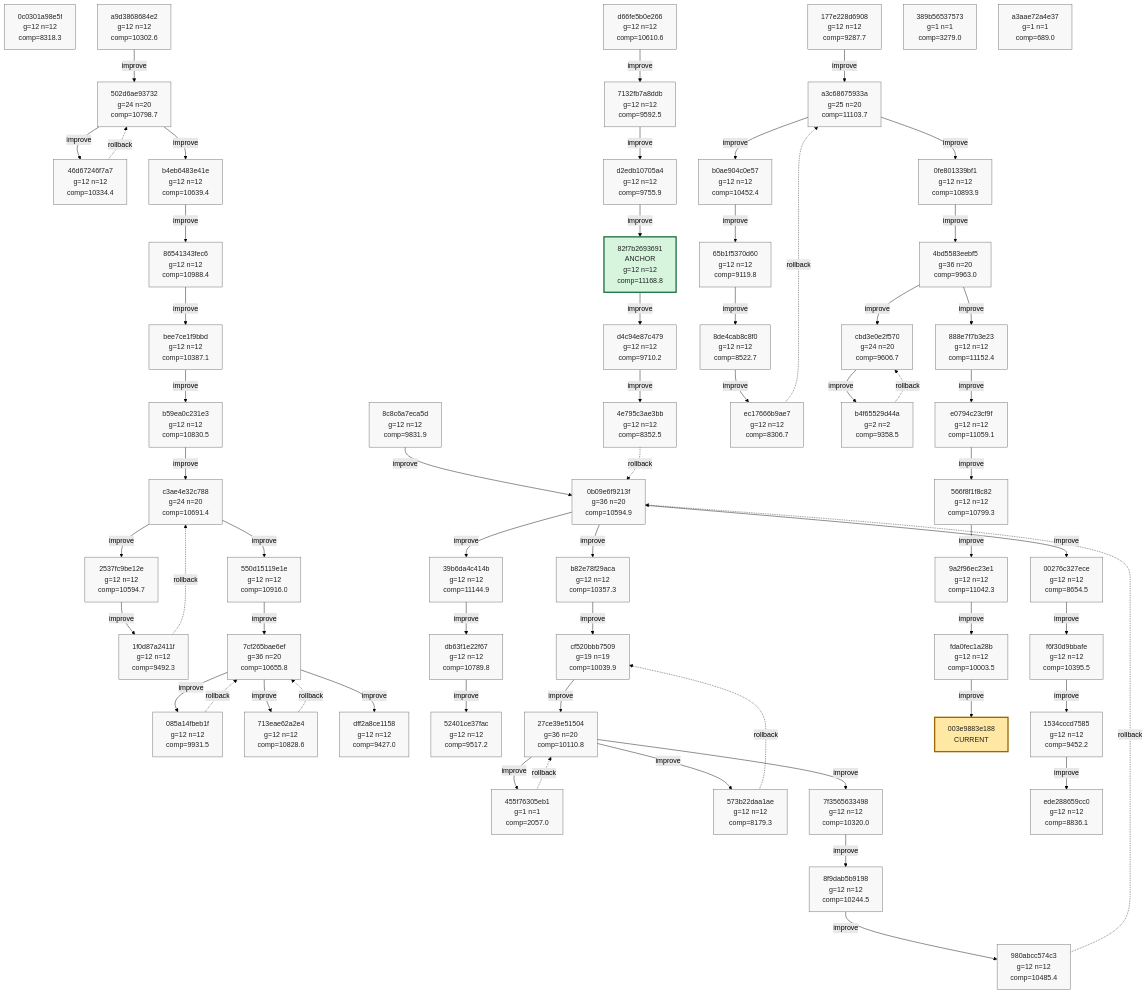
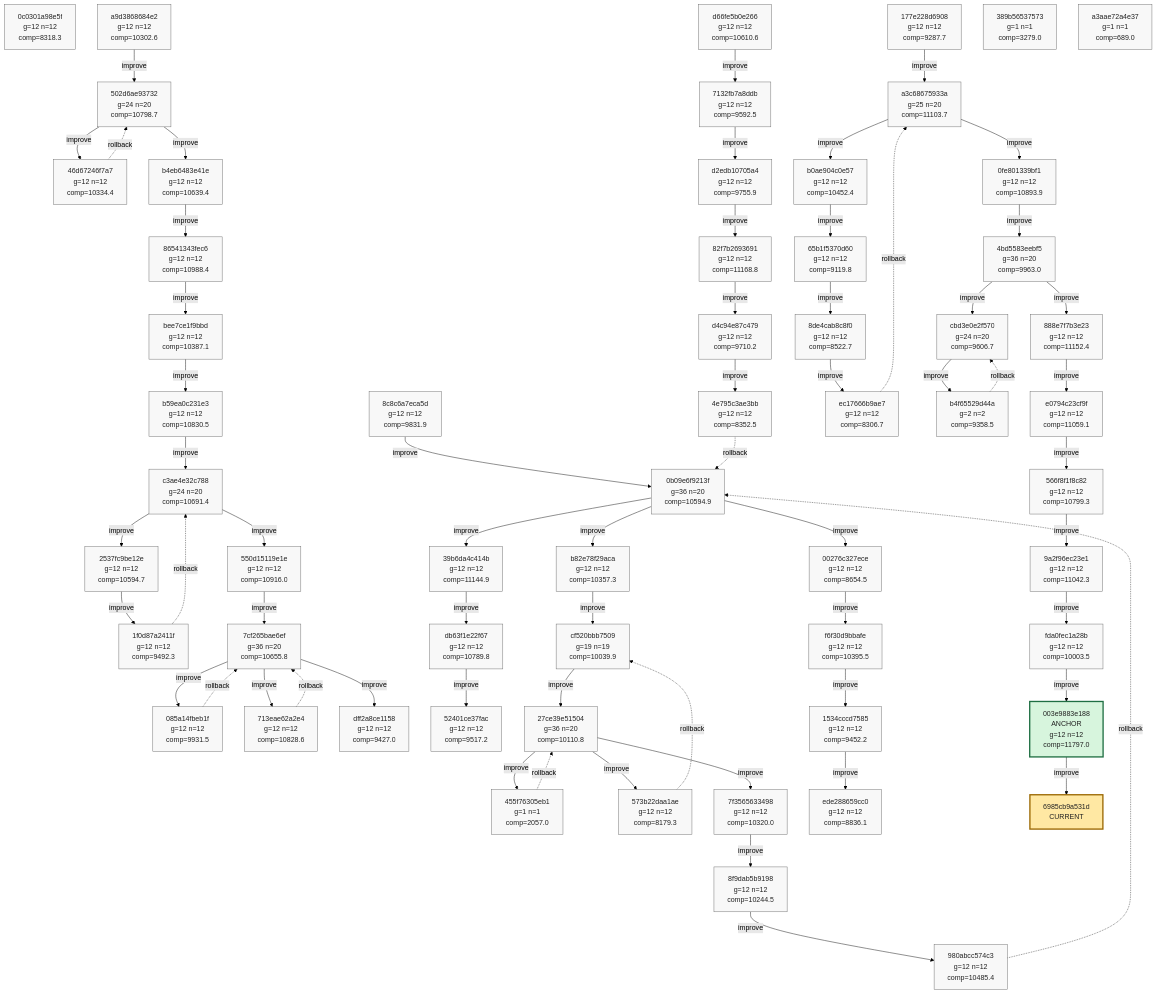
Before and after one commit to azumag/soviet_now: the tenth of 10 diagrams in phyrogenetic-tree.md, drawn with Mermaid (forest theme). The commit also changed other lines of this file and 2 other files, not shown here.

Commit message:
eloop Improve after 12 games (scores: 11268 9980 8683 24058 15406 13908 12729 7931 13973 20288 11783 11625)

````diff
--- a/phyrogenetic-tree.md
+++ b/phyrogenetic-tree.md
@@ -2555,7 +2556,7 @@
     h_d66fe5b0e266["d66fe5b0e266<br/>g=12 n=12<br/>comp=10610.6"]
     h_7132fb7a8ddb["7132fb7a8ddb<br/>g=12 n=12<br/>comp=9592.5"]
     h_d2edb10705a4["d2edb10705a4<br/>g=12 n=12<br/>comp=9755.9"]
-    h_82f7b2693691["82f7b2693691<br/>ANCHOR<br/>g=12 n=12<br/>comp=11168.8"]
+    h_82f7b2693691["82f7b2693691<br/>g=12 n=12<br/>comp=11168.8"]
     h_d4c94e87c479["d4c94e87c479<br/>g=12 n=12<br/>comp=9710.2"]
     h_4e795c3ae3bb["4e795c3ae3bb<br/>g=12 n=12<br/>comp=8352.5"]
     h_b82e78f29aca["b82e78f29aca<br/>g=12 n=12<br/>comp=10357.3"]
@@ -2585,9 +2586,10 @@
     h_566f8f1f8c82["566f8f1f8c82<br/>g=12 n=12<br/>comp=10799.3"]
     h_9a2f96ec23e1["9a2f96ec23e1<br/>g=12 n=12<br/>comp=11042.3"]
     h_fda0fec1a28b["fda0fec1a28b<br/>g=12 n=12<br/>comp=10003.5"]
+    h_003e9883e188["003e9883e188<br/>ANCHOR<br/>g=12 n=12<br/>comp=11797.0"]
     h_389b56537573["389b56537573<br/>g=1 n=1<br/>comp=3279.0"]
     h_a3aae72a4e37["a3aae72a4e37<br/>g=1 n=1<br/>comp=689.0"]
-    h_003e9883e188["003e9883e188<br/>CURRENT"]
+    h_6985cb9a531d["6985cb9a531d<br/>CURRENT"]
 
     h_a9d3868684e2 -->|improve| h_502d6ae93732
     h_502d6ae93732 -->|improve| h_46d67246f7a7
@@ -2649,6 +2651,7 @@
     h_566f8f1f8c82 -->|improve| h_9a2f96ec23e1
     h_9a2f96ec23e1 -->|improve| h_fda0fec1a28b
     h_fda0fec1a28b -->|improve| h_003e9883e188
+    h_003e9883e188 -->|improve| h_6985cb9a531d
 
     classDef plain fill:#f8f8f8,stroke:#666,stroke-width:1px,color:#222;
     classDef current fill:#ffe8a3,stroke:#9a6700,stroke-width:3px,color:#222;
@@ -2679,7 +2682,7 @@
     class h_d66fe5b0e266 plain;
     class h_7132fb7a8ddb plain;
     class h_d2edb10705a4 plain;
-    class h_82f7b2693691 anchor;
+    class h_82f7b2693691 plain;
     class h_d4c94e87c479 plain;
     class h_4e795c3ae3bb plain;
     class h_b82e78f29aca plain;
@@ -2709,7 +2712,8 @@
     class h_566f8f1f8c82 plain;
     class h_9a2f96ec23e1 plain;
     class h_fda0fec1a28b plain;
+    class h_003e9883e188 anchor;
     class h_389b56537573 plain;
     class h_a3aae72a4e37 plain;
-    class h_003e9883e188 current;
+    class h_6985cb9a531d current;
 ```
````
